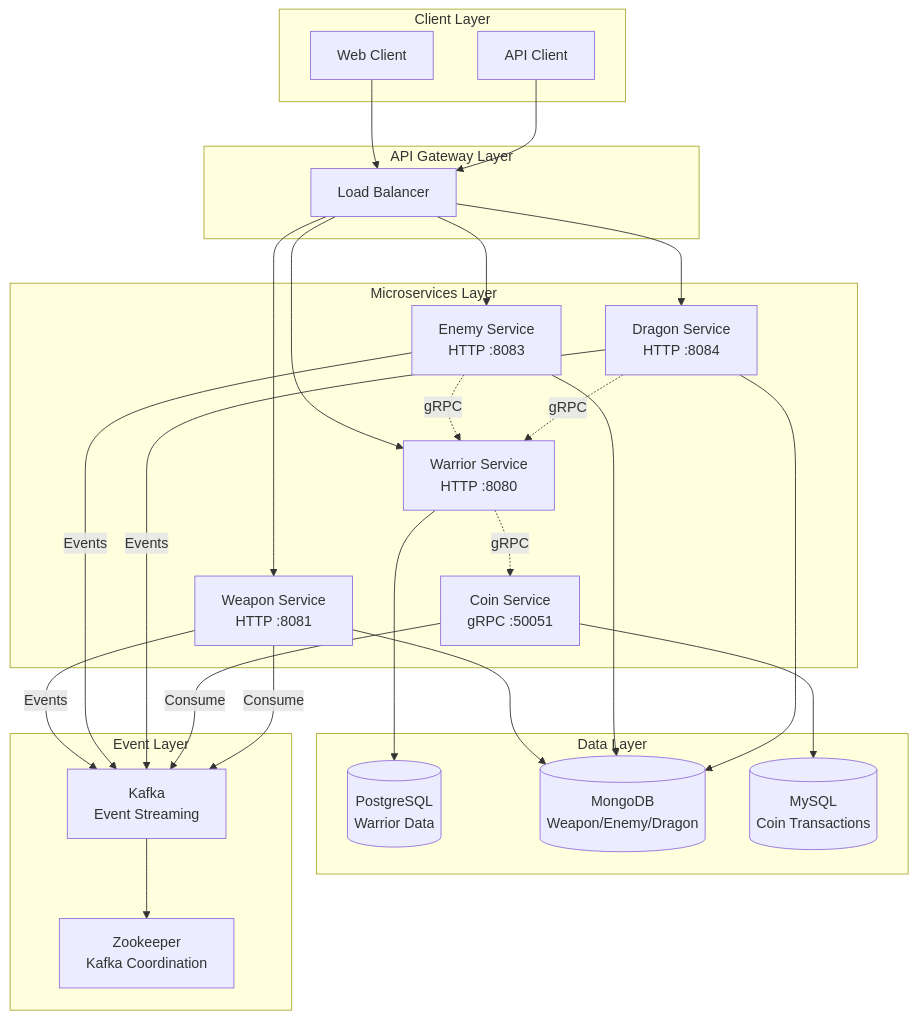
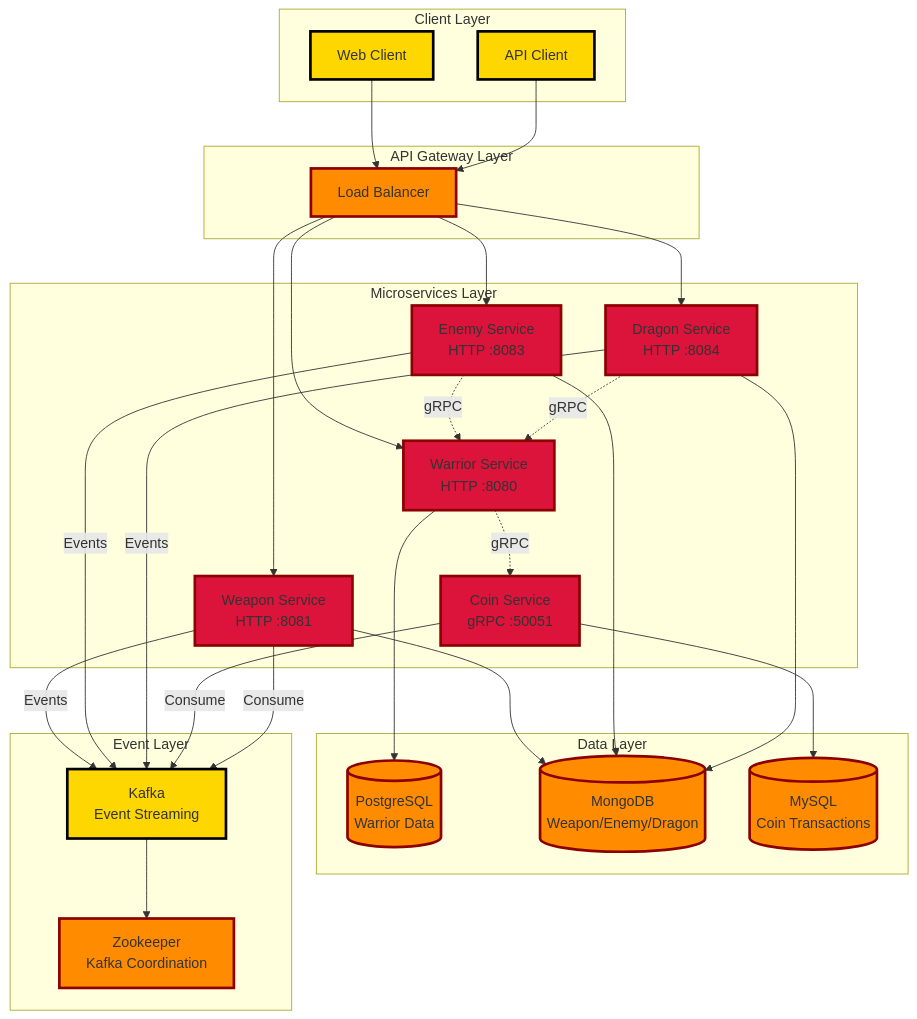
One commit to tiraten-bot/network-sec-micro changed the first of 8 diagrams in README.md. Above: the diagram before and after it, drawn with Mermaid. The commit also changed other lines of this file, not shown here.

Commit message:
Enhance README.md with updated service communication flow, database architecture, and API endpoint diagrams. Add styling for various components to improve visual clarity and consistency.

````diff
--- a/README.md
+++ b/README.md
@@ -7,55 +7,69 @@
 ```mermaid
 graph TB
     subgraph "Client Layer"
         WEB[Web Client]
         API[API Client]
     end
     
     subgraph "API Gateway Layer"
         LB[Load Balancer]
     end
     
     subgraph "Microservices Layer"
         W[Warrior Service<br/>HTTP :8080]
         WP[Weapon Service<br/>HTTP :8081]
         C[Coin Service<br/>gRPC :50051]
         E[Enemy Service<br/>HTTP :8083]
         D[Dragon Service<br/>HTTP :8084]
     end
     
     subgraph "Data Layer"
         PG[(PostgreSQL<br/>Warrior Data)]
         MG[(MongoDB<br/>Weapon/Enemy/Dragon)]
         MY[(MySQL<br/>Coin Transactions)]
     end
     
     subgraph "Event Layer"
         K[Kafka<br/>Event Streaming]
         Z[Zookeeper<br/>Kafka Coordination]
     end
     
     WEB --> LB
     API --> LB
     LB --> W
     LB --> WP
     LB --> E
     LB --> D
     
     W -.->|gRPC| C
     E -.->|gRPC| W
     D -.->|gRPC| W
     
     W --> PG
     WP --> MG
     E --> MG
     D --> MG
     C --> MY
     
     WP -->|Events| K
     E -->|Events| K
     D -->|Events| K
     C -->|Consume| K
     WP -->|Consume| K
     
     K --> Z
+    
+    style WEB fill:#FFD700,stroke:#000000,stroke-width:3px
+    style API fill:#FFD700,stroke:#000000,stroke-width:3px
+    style LB fill:#FF8C00,stroke:#8B0000,stroke-width:3px
+    style W fill:#DC143C,stroke:#8B0000,stroke-width:3px
+    style WP fill:#DC143C,stroke:#8B0000,stroke-width:3px
+    style C fill:#DC143C,stroke:#8B0000,stroke-width:3px
+    style E fill:#DC143C,stroke:#8B0000,stroke-width:3px
+    style D fill:#DC143C,stroke:#8B0000,stroke-width:3px
+    style PG fill:#FF8C00,stroke:#8B0000,stroke-width:3px
+    style MG fill:#FF8C00,stroke:#8B0000,stroke-width:3px
+    style MY fill:#FF8C00,stroke:#8B0000,stroke-width:3px
+    style K fill:#FFD700,stroke:#000000,stroke-width:3px
+    style Z fill:#FF8C00,stroke:#8B0000,stroke-width:3px
 ```
````
